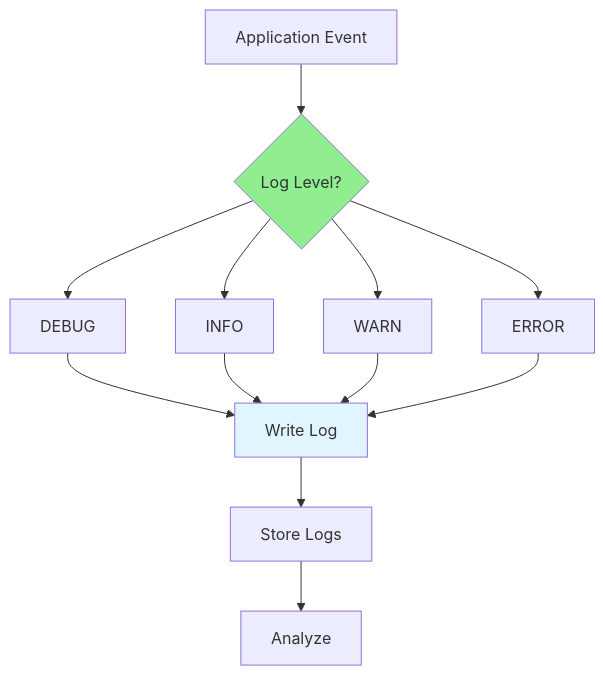
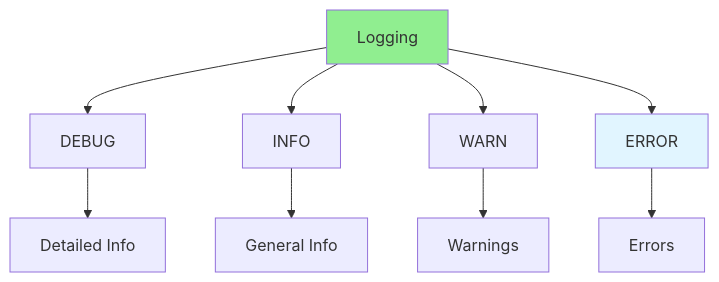
The diagram in Full-Stack-Guides/Group-07-Unit-Test-Debug/07.08_Logging.md (iouthnamain/tech-note), drawn with Mermaid before and after one commit. The commit also changed other lines of this file and 480 other files, not shown here.

````diff
--- a/Full-Stack-Guides/Group-07-Unit-Test-Debug/07.08_Logging.md
+++ b/Full-Stack-Guides/Group-07-Unit-Test-Debug/07.08_Logging.md
@@ -22,19 +22,15 @@
 ```mermaid
 graph TD
-    Event[Application Event] --> Level{Log Level?}
-    Level --> Debug[DEBUG]
-    Level --> Info[INFO]
-    Level --> Warn[WARN]
-    Level --> Error[ERROR]
+    Logging[Logging] --> Debug[DEBUG]
+    Logging --> Info[INFO]
+    Logging --> Warn[WARN]
+    Logging --> Error[ERROR]
     
-    Debug --> Log[Write Log]
-    Info --> Log
-    Warn --> Log
-    Error --> Log
+    Debug --> Detailed[Detailed Info]
+    Info --> General[General Info]
+    Warn --> Warning[Warnings]
+    Error --> Errors[Errors]
     
-    Log --> Store[Store Logs]
-    Store --> Analyze[Analyze]
-    
-    style Level fill:#90EE90
-    style Log fill:#e1f5ff
+    style Logging fill:#90EE90
+    style Error fill:#e1f5ff
 ```
````
